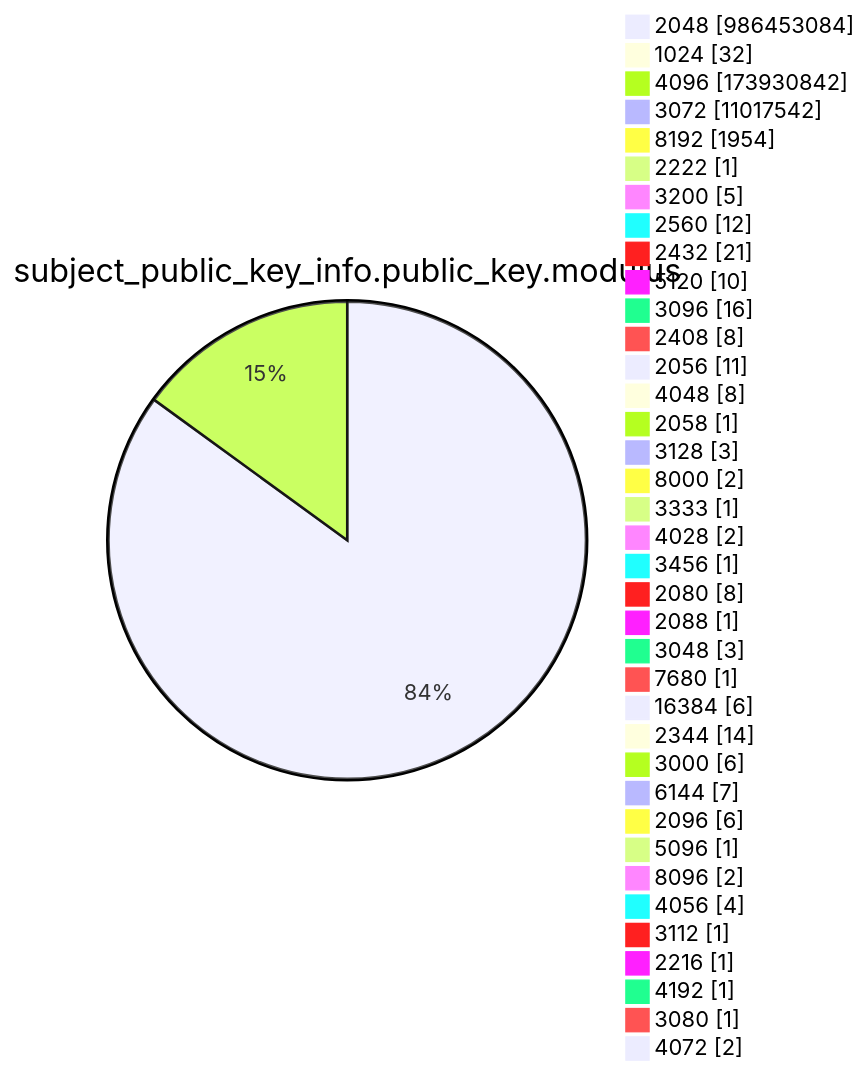
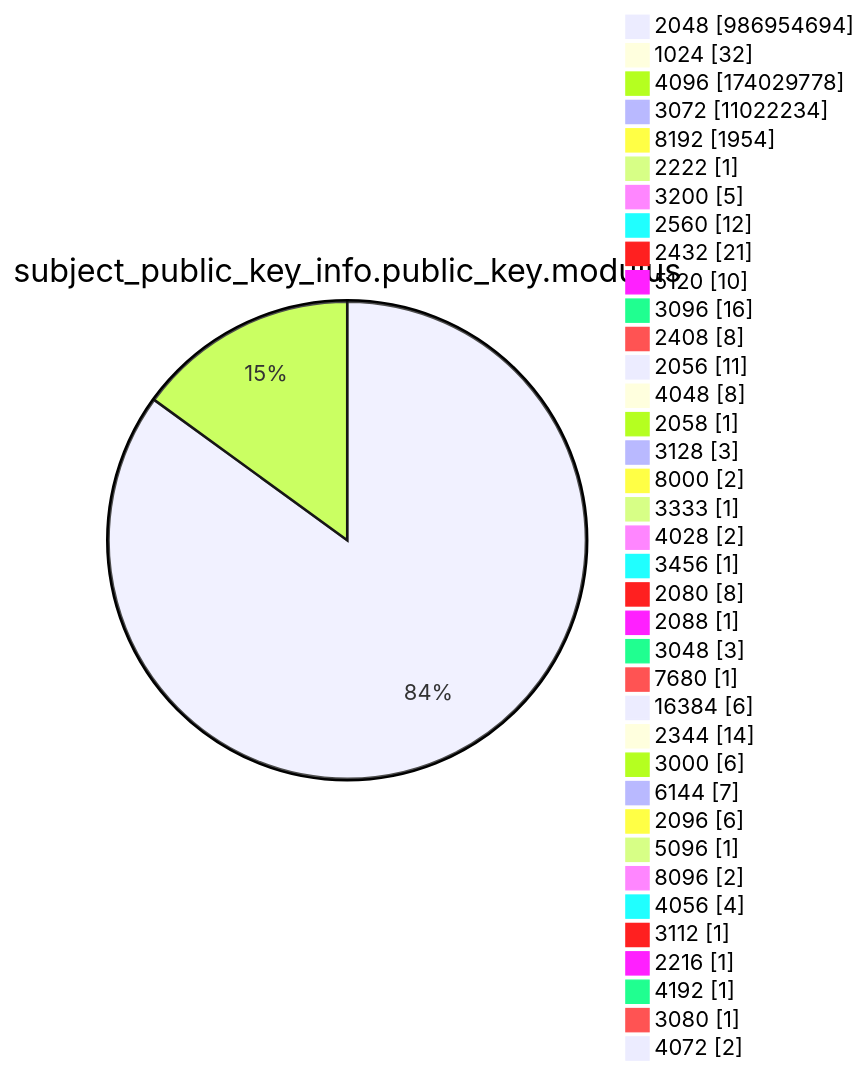
One commit to christiankrug/ctmonitor_visualization changed diagram 13 of 15 in argon2022/README.md. Above: the diagram before and after it, drawn with Mermaid. The commit also changed other lines of this file, not shown here.

````diff
--- a/argon2022/README.md
+++ b/argon2022/README.md
@@ -3587,41 +3587,41 @@
 ```mermaid
 pie showData
 title subject_public_key_info.public_key.modulus
-"2048" :986453084
+"2048" :986954694
 "1024" :32
-"4096" :173930842
-"3072" :11017542
+"4096" :174029778
+"3072" :11022234
 "8192" :1954
 "2222" :1
 "3200" :5
 "2560" :12
 "2432" :21
 "5120" :10
 "3096" :16
 "2408" :8
 "2056" :11
 "4048" :8
 "2058" :1
 "3128" :3
 "8000" :2
 "3333" :1
 "4028" :2
 "3456" :1
 "2080" :8
 "2088" :1
 "3048" :3
 "7680" :1
 "16384" :6
 "2344" :14
 "3000" :6
 "6144" :7
 "2096" :6
 "5096" :1
 "8096" :2
 "4056" :4
 "3112" :1
 "2216" :1
 "4192" :1
 "3080" :1
 "4072" :2
 ```
````
